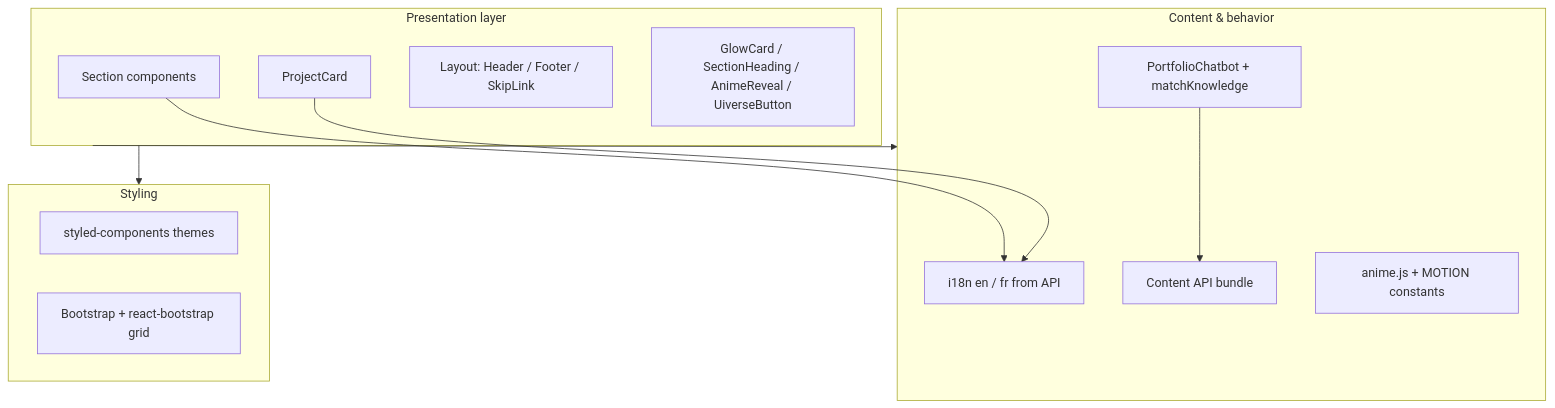
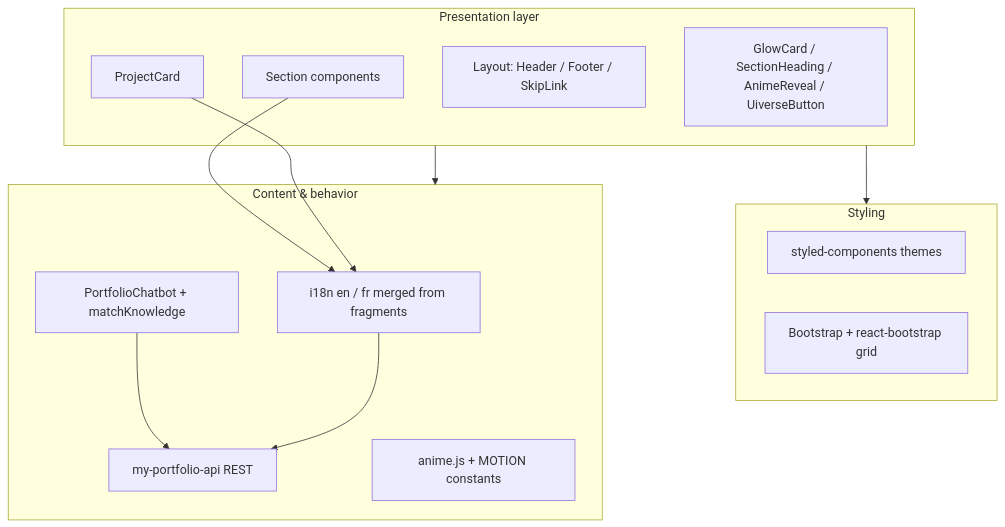
The third of 5 diagrams in README.md (kdutta25/my-portfolio), drawn with Mermaid before and after one commit. The commit also changed other lines of this file, not shown here.

````diff
--- a/README.md
+++ b/README.md
@@ -158,27 +158,28 @@
 ```mermaid
 flowchart TB
   subgraph presentation["Presentation layer"]
     SEC[Section components]
     PC[ProjectCard]
     LAY[Layout: Header / Footer / SkipLink]
     UI[GlowCard / SectionHeading / AnimeReveal / UiverseButton]
   end
 
   subgraph styling["Styling"]
     SC[styled-components themes]
     BS[Bootstrap + react-bootstrap grid]
   end
 
   subgraph content["Content & behavior"]
-    L10n[i18n en / fr from API]
+    L10n[i18n en / fr merged from fragments]
     CHAT[PortfolioChatbot + matchKnowledge]
-    DATA[Content API bundle]
+    API[my-portfolio-api REST]
     MOTION[anime.js + MOTION constants]
   end
 
   presentation --> styling
   presentation --> content
-  CHAT --> DATA
+  CHAT --> API
   SEC --> L10n
   PC --> L10n
+  L10n --> API
 ```
````
